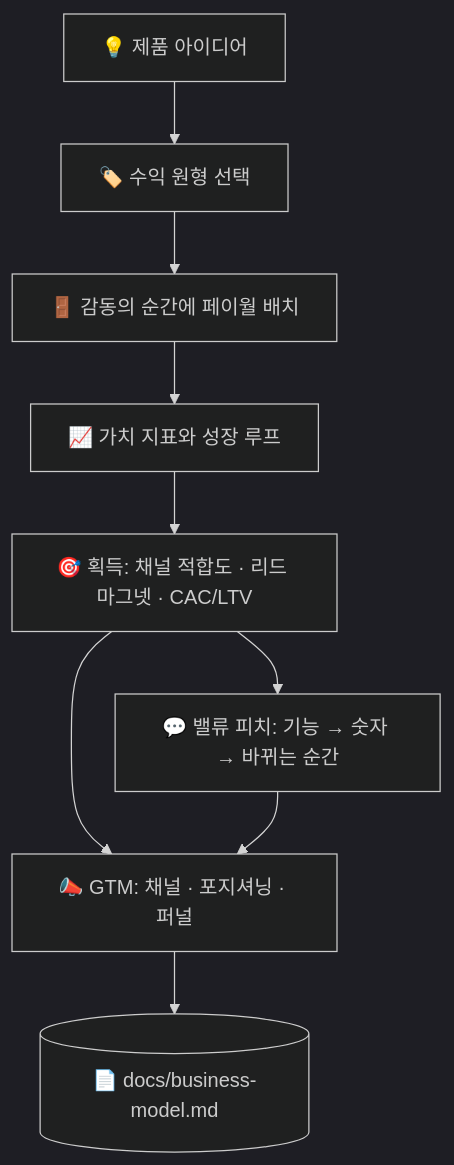
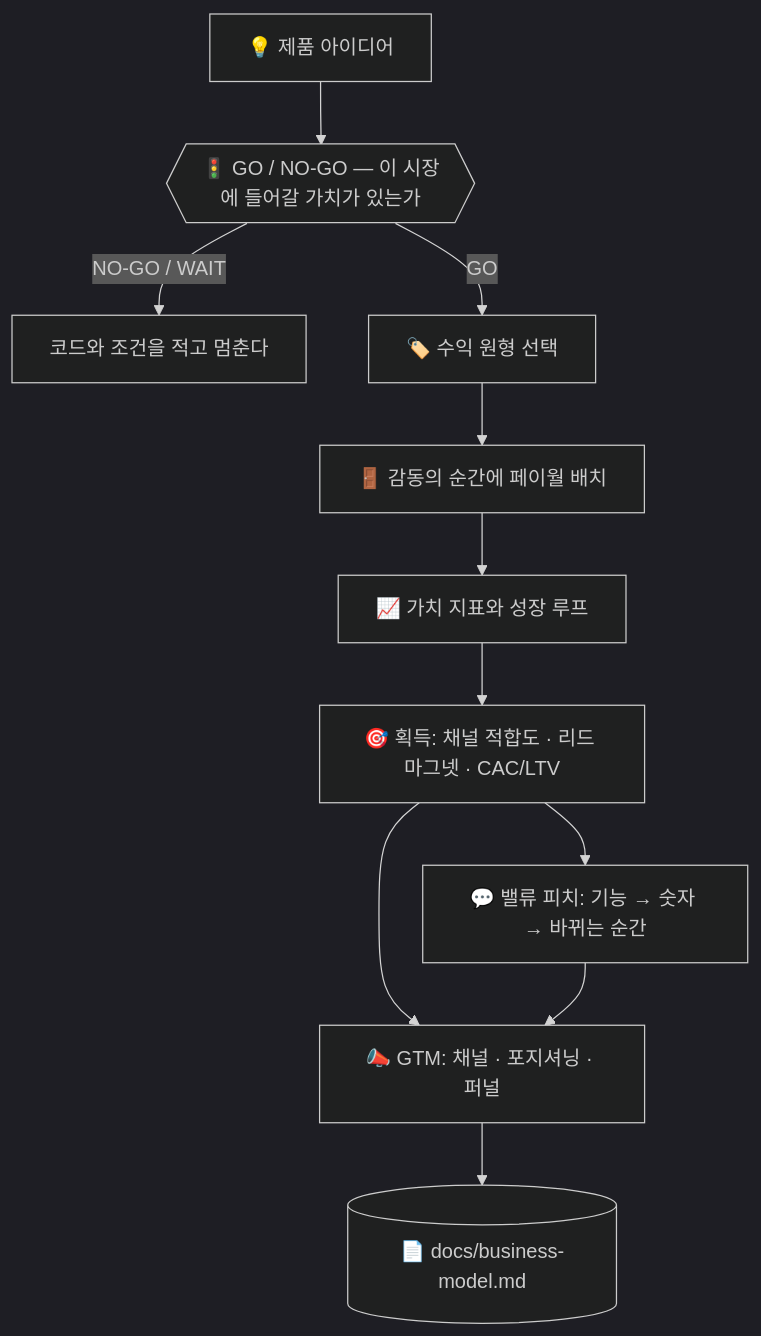
One commit to takaoumehara/superforge-skill changed the diagram in skills/superforge-biz/README.ko.md. Above: the diagram before and after it, drawn with Mermaid (dark theme). The commit also changed other lines of this file and 92 other files, not shown here.

````diff
--- a/skills/superforge-biz/README.ko.md
+++ b/skills/superforge-biz/README.ko.md
@@ -23,11 +23,13 @@
 ```mermaid
 flowchart TD
-    I[💡 제품 아이디어] --> A[🏷️ 수익 원형 선택]
+    I[💡 제품 아이디어] --> Z{{🚦 GO / NO-GO — 이 시장에 들어갈 가치가 있는가}}
+    Z -->|NO-GO / WAIT| ZS[코드와 조건을 적고 멈춘다]
+    Z -->|GO| A[🏷️ 수익 원형 선택]
     A --> B[🚪 감동의 순간에 페이월 배치]
     B --> C[📈 가치 지표와 성장 루프]
     C --> D[🎯 획득: 채널 적합도 · 리드 마그넷 · CAC/LTV]
     D --> P[💬 밸류 피치: 기능 → 숫자 → 바뀌는 순간]
     D --> E2[📣 GTM: 채널 · 포지셔닝 · 퍼널]
     P --> E2
     E2 --> E[(📄 docs/business-model.md)]
 ```
````
